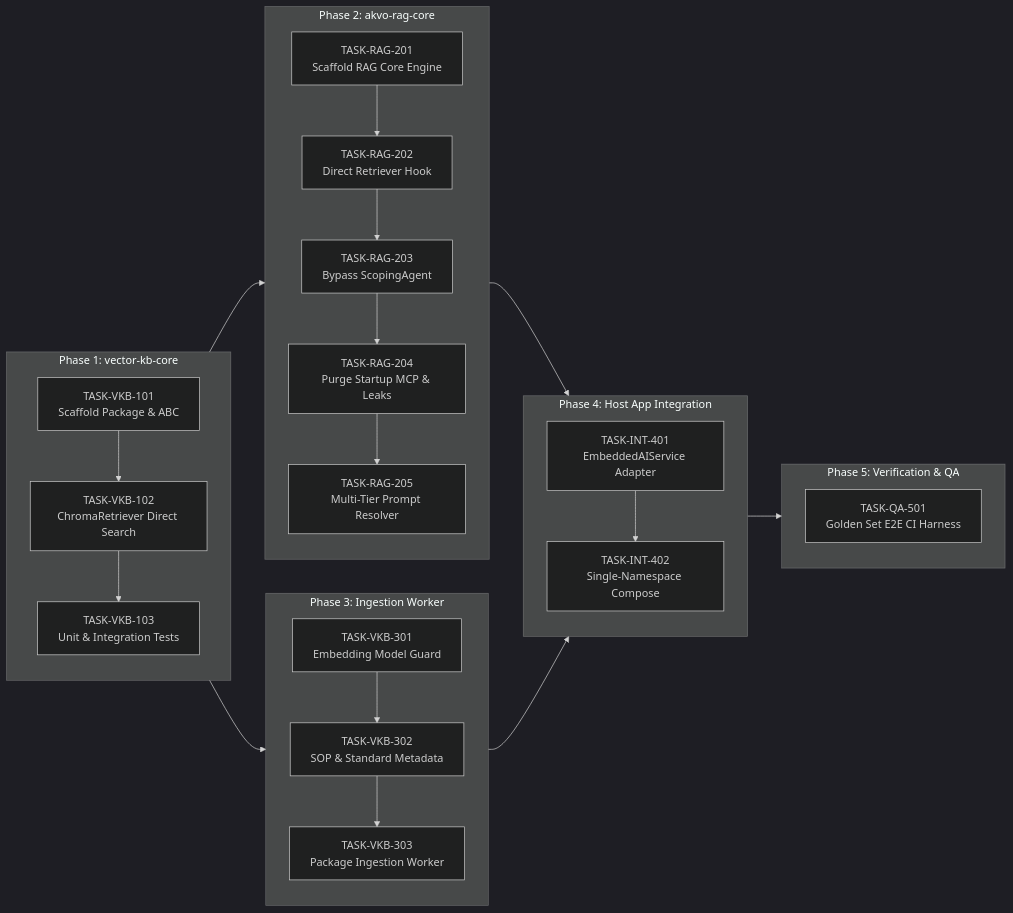
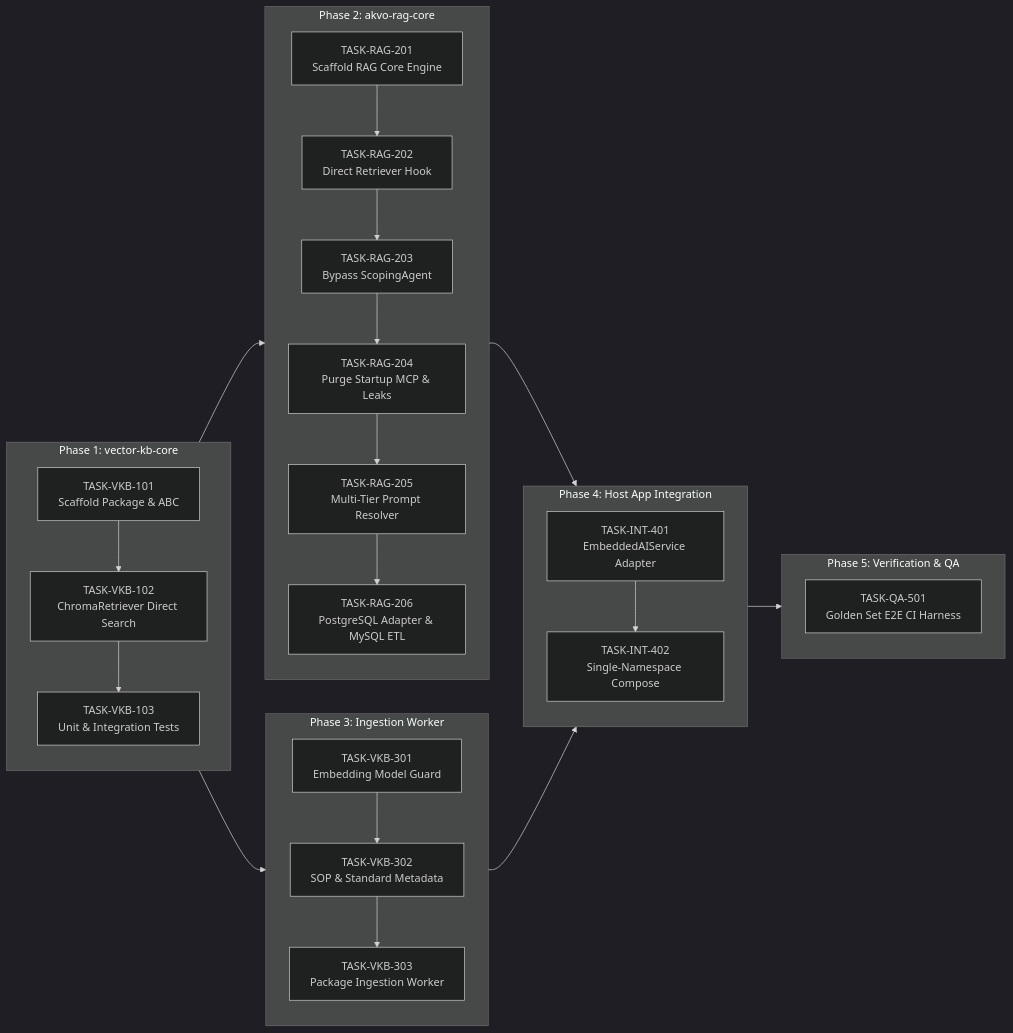
One commit to akvo/akvo-rag changed the second of 4 diagrams in docs/lld/self_contained_in_process_rag_platform_lld.md. Above: the diagram before and after it, drawn with Mermaid (dark theme). The commit also changed other lines of this file, not shown here.

Commit message:
docs(lld): add TASK-RAG-206 postgresql adapter & mysql data migration CLI with zero-downtime cutover protocol

````diff
--- a/docs/lld/self_contained_in_process_rag_platform_lld.md
+++ b/docs/lld/self_contained_in_process_rag_platform_lld.md
@@ -70,33 +70,34 @@
 ```mermaid
 flowchart LR
     subgraph P1["Phase 1: vector-kb-core"]
         V1["TASK-VKB-101<br/>Scaffold Package & ABC"] --> V2["TASK-VKB-102<br/>ChromaRetriever Direct Search"]
         V2 --> V3["TASK-VKB-103<br/>Unit & Integration Tests"]
     end
 
     subgraph P2["Phase 2: akvo-rag-core"]
         R1["TASK-RAG-201<br/>Scaffold RAG Core Engine"] --> R2["TASK-RAG-202<br/>Direct Retriever Hook"]
         R2 --> R3["TASK-RAG-203<br/>Bypass ScopingAgent"]
         R3 --> R4["TASK-RAG-204<br/>Purge Startup MCP & Leaks"]
         R4 --> R5["TASK-RAG-205<br/>Multi-Tier Prompt Resolver"]
+        R5 --> R6["TASK-RAG-206<br/>PostgreSQL Adapter & MySQL ETL"]
     end
 
     subgraph P3["Phase 3: Ingestion Worker"]
         I1["TASK-VKB-301<br/>Embedding Model Guard"] --> I2["TASK-VKB-302<br/>SOP & Standard Metadata"]
         I2 --> I3["TASK-VKB-303<br/>Package Ingestion Worker"]
     end
 
     subgraph P4["Phase 4: Host App Integration"]
         H1["TASK-INT-401<br/>EmbeddedAIService Adapter"] --> H2["TASK-INT-402<br/>Single-Namespace Compose"]
     end
 
     subgraph P5["Phase 5: Verification & QA"]
         Q1["TASK-QA-501<br/>Golden Set E2E CI Harness"]
     end
 
     P1 --> P2
     P1 --> P3
     P2 --> P4
     P3 --> P4
     P4 --> P5
 ```
````
